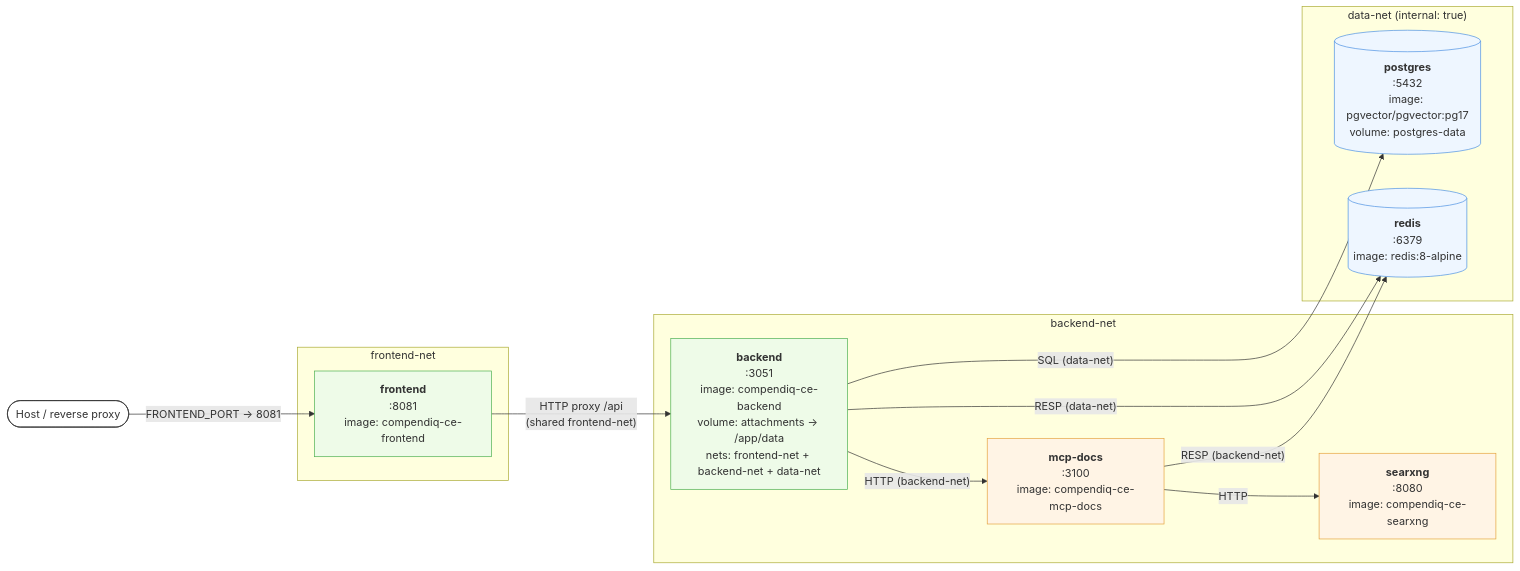
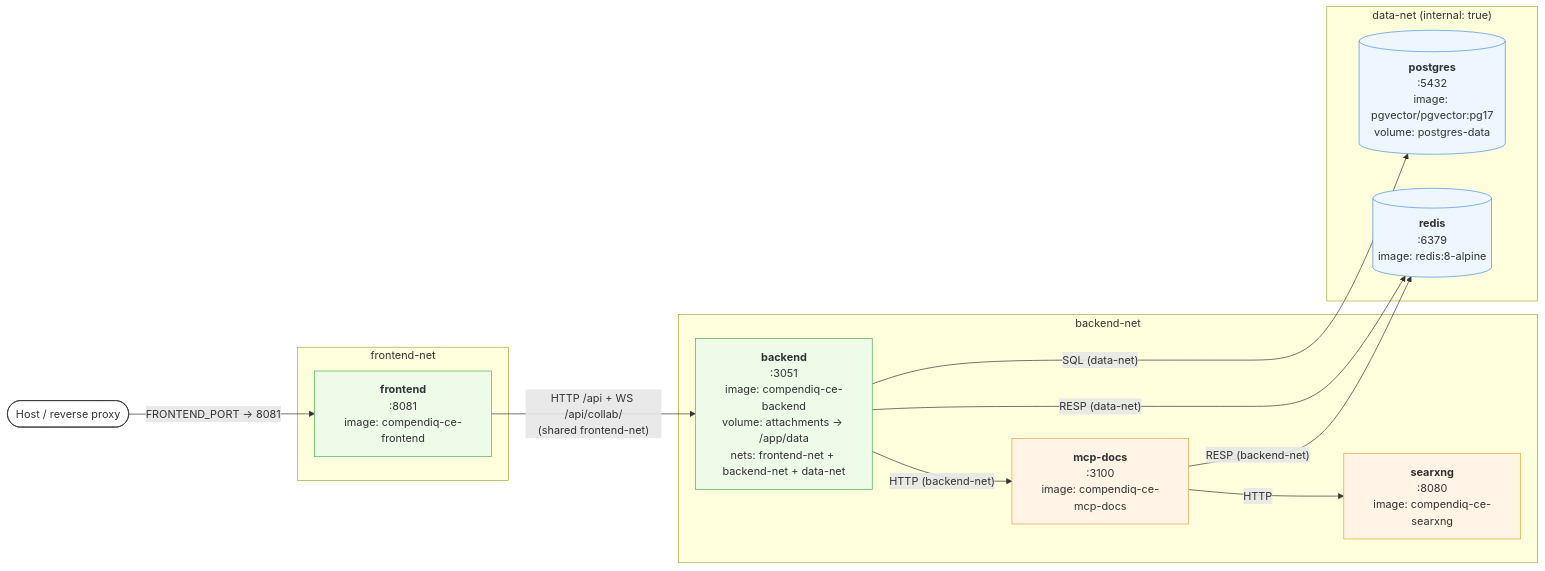
Before and after one commit to Compendiq/compendiq-ce: the first of 2 diagrams in docs/architecture/05-deployment.md, drawn with Mermaid. The commit also changed other lines of this file and 7 other files, not shown here.

First line of the commit message:
ops: WebSocket upgrades for /api/collab/ (#1446)

````diff
--- a/docs/architecture/05-deployment.md
+++ b/docs/architecture/05-deployment.md
@@ -11,37 +11,37 @@
 ```mermaid
 flowchart LR
     host(["Host / reverse proxy"])
 
     subgraph fe_net["frontend-net"]
         fe["<b>frontend</b><br/>:8081<br/>image: compendiq-ce-frontend"]
     end
 
     subgraph be_net["backend-net"]
         be["<b>backend</b><br/>:3051<br/>image: compendiq-ce-backend<br/>volume: attachments → /app/data<br/>nets: frontend-net + backend-net + data-net"]
         mcp["<b>mcp-docs</b><br/>:3100<br/>image: compendiq-ce-mcp-docs"]
         searx["<b>searxng</b><br/>:8080<br/>image: compendiq-ce-searxng"]
     end
 
     subgraph data_net["data-net (internal: true)"]
         pg[("<b>postgres</b><br/>:5432<br/>image: pgvector/pgvector:pg17<br/>volume: postgres-data")]
         rd[("<b>redis</b><br/>:6379<br/>image: redis:8-alpine")]
     end
 
     host -- "FRONTEND_PORT → 8081" --> fe
-    fe -- "HTTP proxy /api<br/>(shared frontend-net)" --> be
+    fe -- "HTTP /api + WS /api/collab/<br/>(shared frontend-net)" --> be
     be -- "HTTP (backend-net)" --> mcp
     mcp -- "HTTP" --> searx
     be -- "SQL (data-net)" --> pg
     be -- "RESP (data-net)" --> rd
     mcp -- "RESP (backend-net)" --> rd
 
     classDef ext fill:#fff,stroke:#333
     classDef net fill:#fafafa,stroke:#bbb,stroke-dasharray: 4 4
     classDef svc fill:#eefbe8,stroke:#4caf50
     classDef data fill:#eef6ff,stroke:#4a90e2
     classDef side fill:#fff4e5,stroke:#e5a23c
     class host ext
     class fe,be svc
     class mcp,searx side
     class pg,rd data
 ```
````
